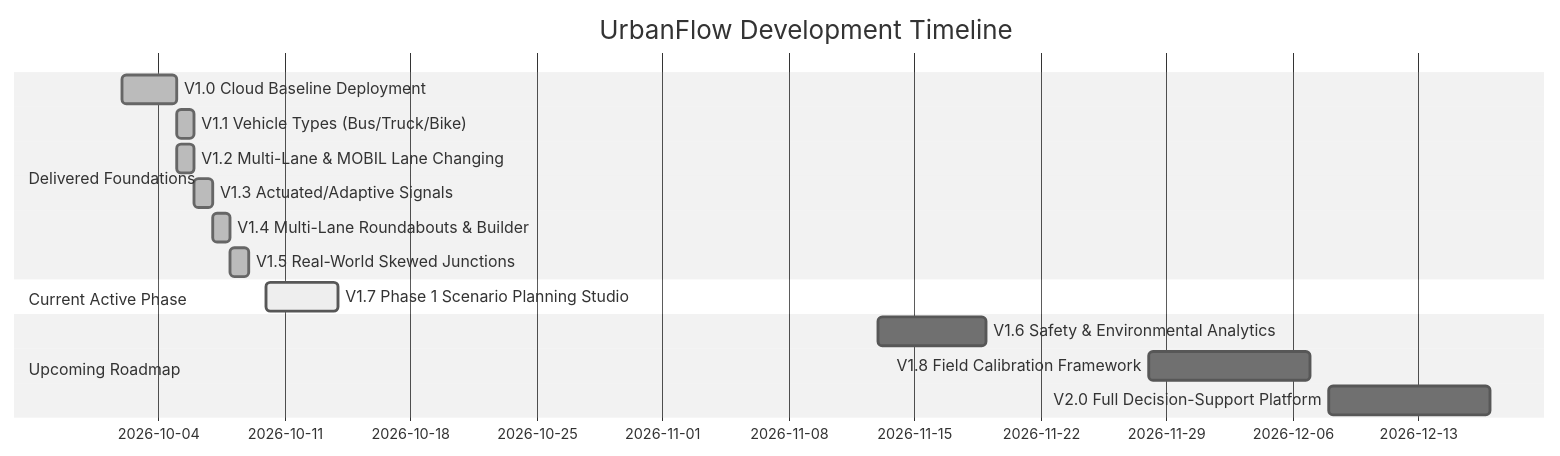
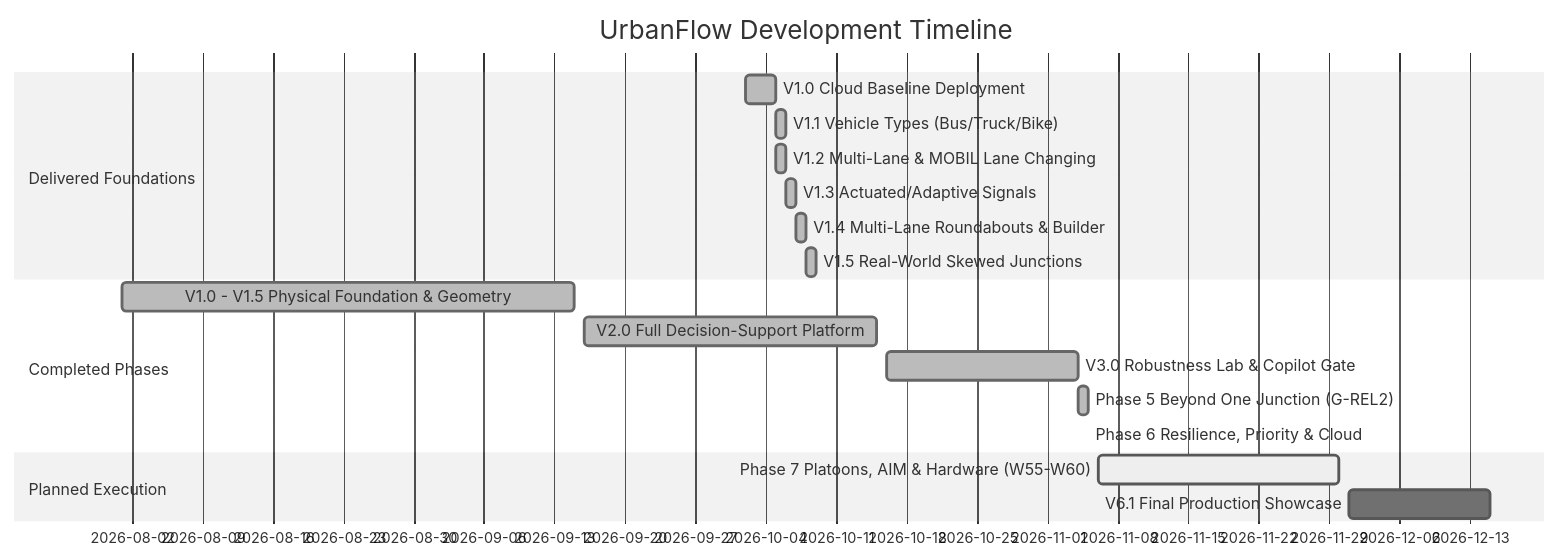
One commit to Viraj281105/Traffic-Simulation changed the third of 3 diagrams in docs/UrbanFlow_Complete_Project_Documentation.md. Above: the diagram before and after it, drawn with Mermaid (neutral theme). The commit also changed other lines of this file and 14 other files, not shown here.

First line of the commit message:
docs(architecture): update architecture, research, security and operations docs

````diff
--- a/docs/UrbanFlow_Complete_Project_Documentation.md
+++ b/docs/UrbanFlow_Complete_Project_Documentation.md
@@ -364,18 +364,21 @@
 ```mermaid
 gantt
     title UrbanFlow Development Timeline
     dateFormat YYYY-MM-DD
     section Delivered Foundations
     V1.0 Cloud Baseline Deployment          :done, 2026-10-02, 2026-10-05
     V1.1 Vehicle Types (Bus/Truck/Bike)     :done, 2026-10-05, 2026-10-06
     V1.2 Multi-Lane & MOBIL Lane Changing   :done, 2026-10-05, 2026-10-06
     V1.3 Actuated/Adaptive Signals          :done, 2026-10-06, 2026-10-07
     V1.4 Multi-Lane Roundabouts & Builder   :done, 2026-10-07, 2026-10-08
     V1.5 Real-World Skewed Junctions        :done, 2026-10-08, 2026-10-09
-    section Current Active Phase
-    V1.7 Phase 1 Scenario Planning Studio   :active, 2026-10-10, 2026-10-14
-    section Upcoming Roadmap
-    V1.6 Safety & Environmental Analytics   :2026-11-13, 2026-11-19
-    V1.8 Field Calibration Framework        :2026-11-28, 2026-12-07
-    V2.0 Full Decision-Support Platform     :2026-12-08, 2026-12-17
+    section Completed Phases
+    V1.0 - V1.5 Physical Foundation & Geometry :done, 2026-08-01, 2026-09-15
+    V2.0 Full Decision-Support Platform        :done, 2026-09-16, 2026-10-15
+    V3.0 Robustness Lab & Copilot Gate         :done, 2026-10-16, 2026-11-04
+    Phase 5 Beyond One Junction (G-REL2)       :done, 2026-11-04, 2026-11-05
+    Phase 6 Resilience, Priority & Cloud       :done, 2026-11-05, 2026-11-05
+    section Planned Execution
+    Phase 7 Platoons, AIM & Hardware (W55-W60) :active, 2026-11-06, 2026-11-30
+    V6.1 Final Production Showcase             :2026-12-01, 2026-12-15
 ```
````
